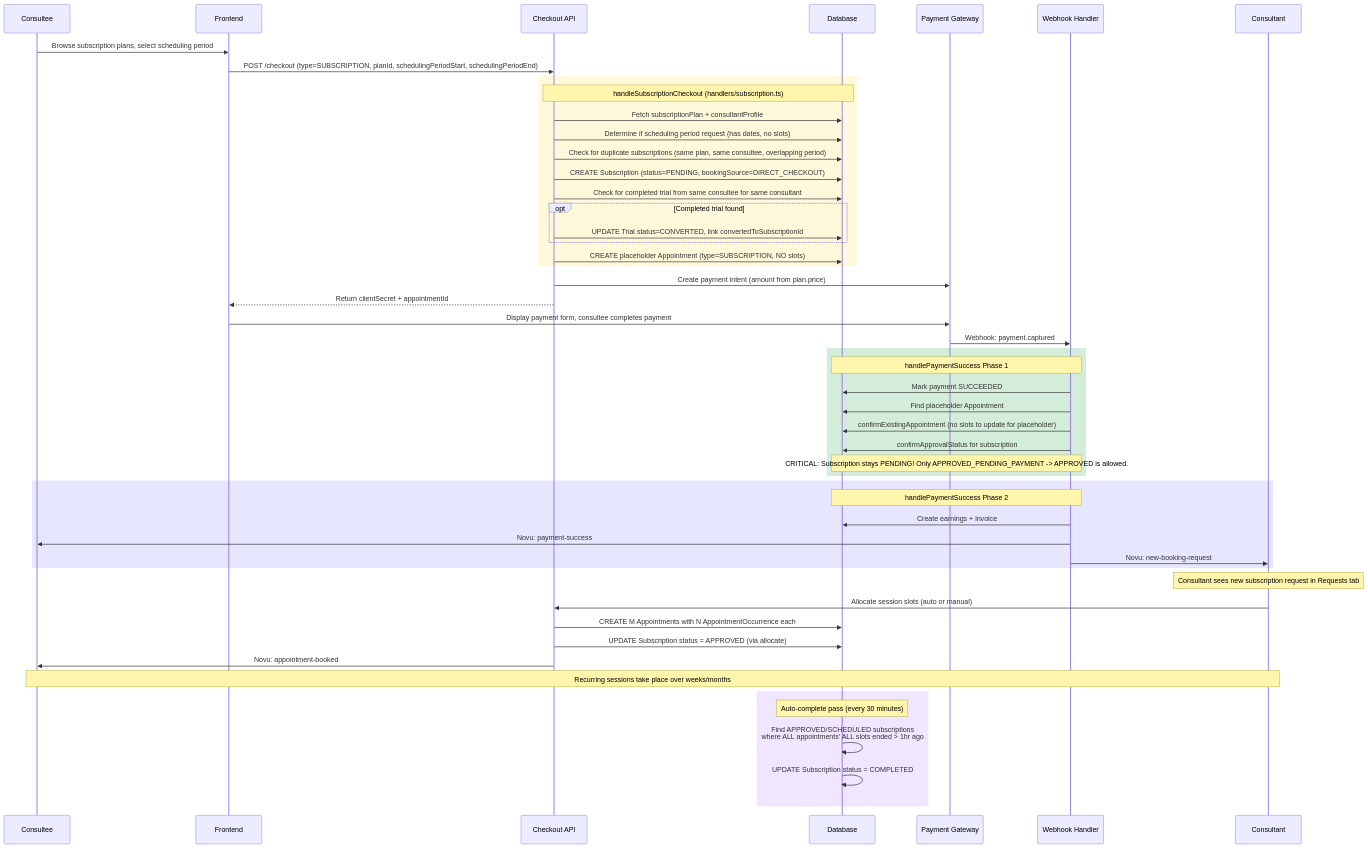
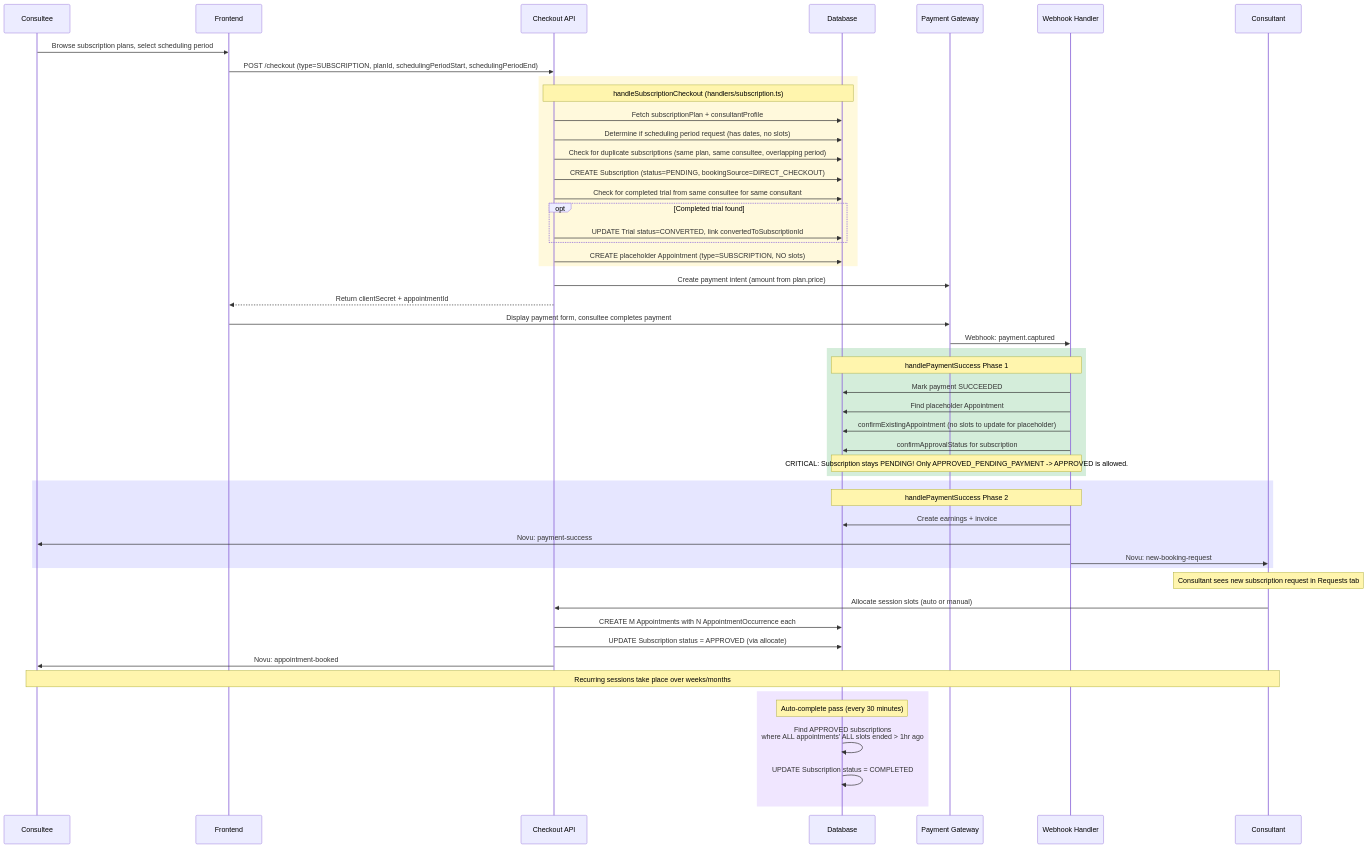
One commit to Practitionist/familiarise_web changed the fifth of 16 diagrams in docs/booking/06-booking-lifecycle.md. Above: the diagram before and after it, drawn with Mermaid. The commit also changed other lines of this file and 12 other files, not shown here.

````diff
--- a/docs/booking/06-booking-lifecycle.md
+++ b/docs/booking/06-booking-lifecycle.md
@@ -320,62 +320,62 @@
 ```mermaid
 sequenceDiagram
     participant CE as Consultee
     participant FE as Frontend
     participant API as Checkout API
     participant DB as Database
     participant GW as Payment Gateway
     participant WH as Webhook Handler
     participant CT as Consultant
 
     CE->>FE: Browse subscription plans, select scheduling period
     FE->>API: POST /checkout (type=SUBSCRIPTION, planId, schedulingPeriodStart, schedulingPeriodEnd)
 
     rect rgb(255, 249, 220)
         Note over API,DB: handleSubscriptionCheckout (handlers/subscription.ts)
         API->>DB: Fetch subscriptionPlan + consultantProfile
         API->>DB: Determine if scheduling period request (has dates, no slots)
         API->>DB: Check for duplicate subscriptions (same plan, same consultee, overlapping period)
         API->>DB: CREATE Subscription (status=PENDING, bookingSource=DIRECT_CHECKOUT)
         API->>DB: Check for completed trial from same consultee for same consultant
         opt Completed trial found
             API->>DB: UPDATE Trial status=CONVERTED, link convertedToSubscriptionId
         end
         API->>DB: CREATE placeholder Appointment (type=SUBSCRIPTION, NO slots)
     end
 
     API->>GW: Create payment intent (amount from plan.price)
     API-->>FE: Return clientSecret + appointmentId
     FE->>GW: Display payment form, consultee completes payment
     GW->>WH: Webhook: payment.captured
 
     rect rgb(212, 237, 218)
         Note over WH,DB: handlePaymentSuccess Phase 1
         WH->>DB: Mark payment SUCCEEDED
         WH->>DB: Find placeholder Appointment
         WH->>DB: confirmExistingAppointment (no slots to update for placeholder)
         WH->>DB: confirmApprovalStatus for subscription
         Note over WH,DB: CRITICAL: Subscription stays PENDING! Only APPROVED_PENDING_PAYMENT -> APPROVED is allowed.
     end
 
     rect rgb(230, 230, 255)
         Note over WH,DB: handlePaymentSuccess Phase 2
         WH->>DB: Create earnings + invoice
         WH->>CE: Novu: payment-success
         WH->>CT: Novu: new-booking-request
     end
 
     Note over CT: Consultant sees new subscription request in Requests tab
 
     CT->>API: Allocate session slots (auto or manual)
     API->>DB: CREATE M Appointments with N AppointmentOccurrence each
     API->>DB: UPDATE Subscription status = APPROVED (via allocate)
     API->>CE: Novu: appointment-booked
 
     Note over CE,CT: Recurring sessions take place over weeks/months
 
     rect rgb(240, 230, 255)
         Note over DB: Auto-complete pass (every 30 minutes)
-        DB->>DB: Find APPROVED/SCHEDULED subscriptions<br/>where ALL appointments' ALL slots ended > 1hr ago
+        DB->>DB: Find APPROVED subscriptions<br/>where ALL appointments' ALL slots ended > 1hr ago
         DB->>DB: UPDATE Subscription status = COMPLETED
     end
 ```
````
